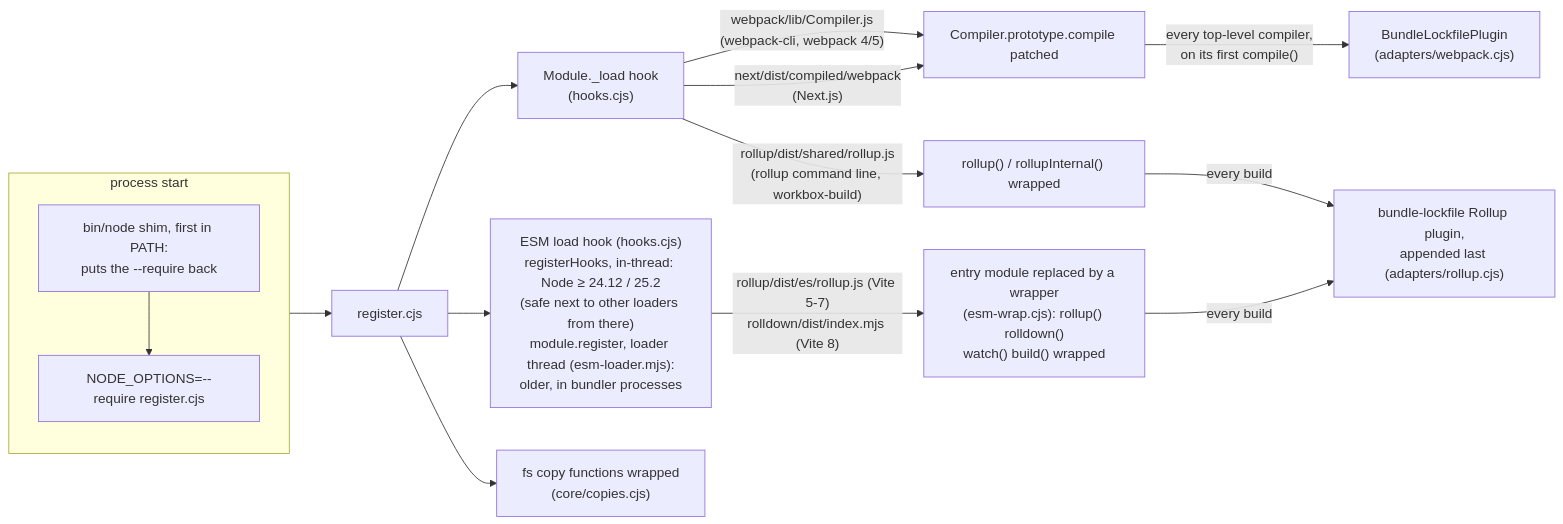
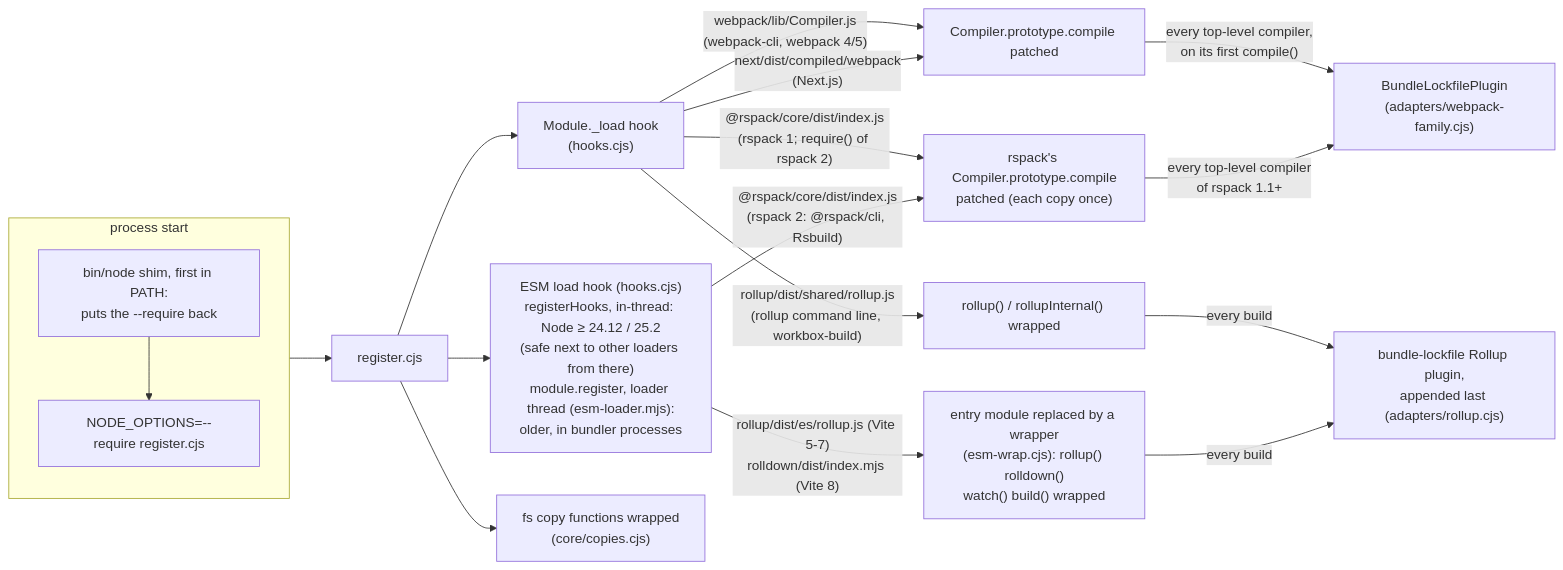
The first of 5 diagrams in docs/internals.md (toabctl/bundle-lockfile), drawn with Mermaid before and after one commit. The commit also changed other lines of this file and 1 other file, not shown here.

Commit message:
docs: rspack and Rsbuild - what is hooked, how, and where rspack differs from webpack

````diff
--- a/docs/internals.md
+++ b/docs/internals.md
@@ -13,22 +13,25 @@
 ```mermaid
 flowchart LR
   subgraph start["process start"]
     direction TB
     nodeopts["NODE_OPTIONS=--require register.cjs"]
     shim["bin/node shim, first in PATH:<br/>puts the --require back"]
     shim --> nodeopts
   end
   nodeopts --> register["register.cjs"]
   register --> cjs["Module._load hook<br/>(hooks.cjs)"]
   register --> esm["ESM load hook (hooks.cjs)<br/>registerHooks, in-thread: Node ≥ 24.12 / 25.2<br/>(safe next to other loaders from there)<br/>module.register, loader thread (esm-loader.mjs):<br/>older, in bundler processes"]
   register --> copies["fs copy functions wrapped<br/>(core/copies.cjs)"]
 
   cjs -- "webpack/lib/Compiler.js<br/>(webpack-cli, webpack 4/5)" --> wpatch["Compiler.prototype.compile patched"]
   cjs -- "next/dist/compiled/webpack<br/>(Next.js)" --> wpatch
+  cjs -- "@rspack/core/dist/index.js<br/>(rspack 1; require() of rspack 2)" --> rspatch["rspack's Compiler.prototype.compile<br/>patched (each copy once)"]
+  esm -- "@rspack/core/dist/index.js<br/>(rspack 2: @rspack/cli, Rsbuild)" --> rspatch
   cjs -- "rollup/dist/shared/rollup.js<br/>(rollup command line, workbox-build)" --> rpatch["rollup() / rollupInternal() wrapped"]
   esm -- "rollup/dist/es/rollup.js (Vite 5-7)<br/>rolldown/dist/index.mjs (Vite 8)" --> wrap["entry module replaced by a wrapper<br/>(esm-wrap.cjs): rollup() rolldown()<br/>watch() build() wrapped"]
 
-  wpatch -- "every top-level compiler,<br/>on its first compile()" --> wplugin["BundleLockfilePlugin<br/>(adapters/webpack.cjs)"]
+  wpatch -- "every top-level compiler,<br/>on its first compile()" --> wplugin["BundleLockfilePlugin<br/>(adapters/webpack-family.cjs)"]
+  rspatch -- "every top-level compiler<br/>of rspack 1.1+" --> wplugin
   rpatch -- "every build" --> rplugin["bundle-lockfile Rollup plugin,<br/>appended last (adapters/rollup.cjs)"]
   wrap -- "every build" --> rplugin
 ```
````
